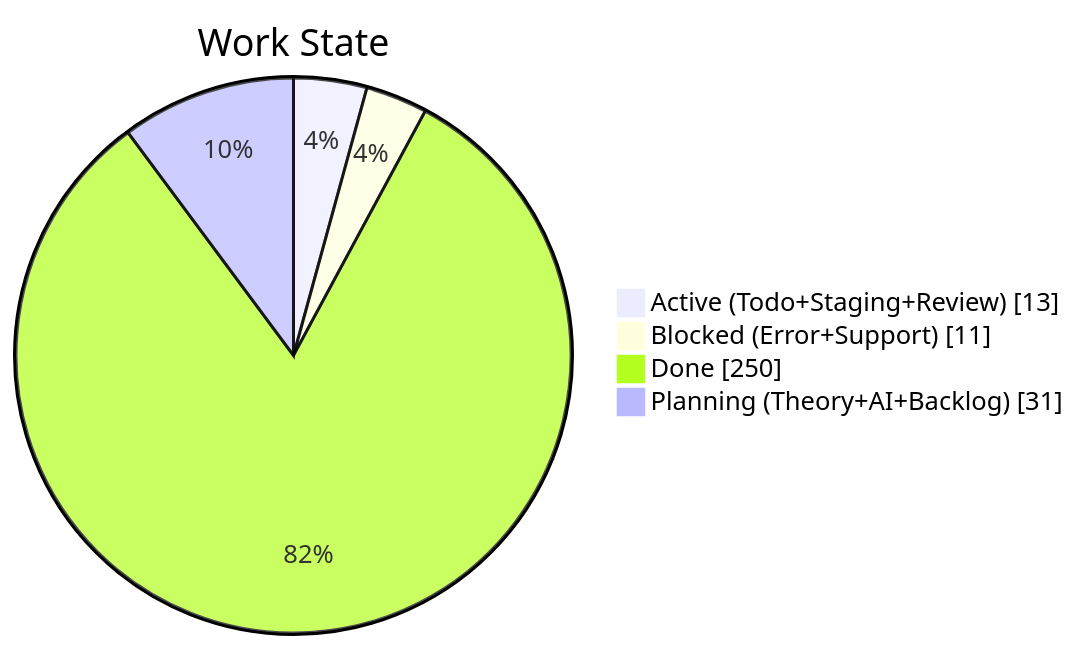
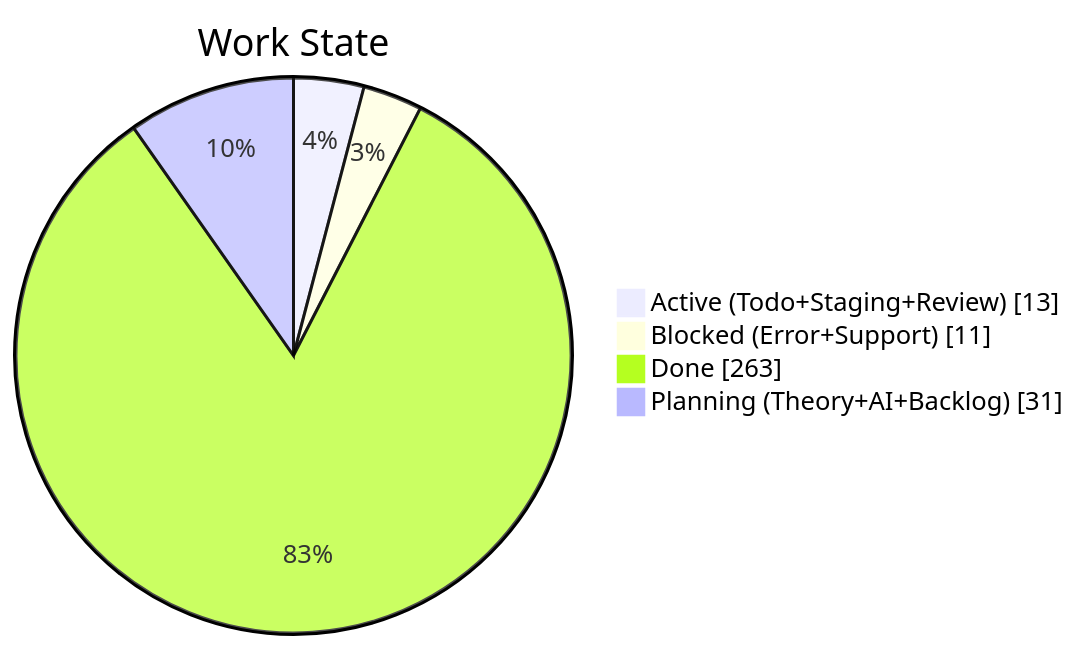
The second of 4 diagrams in apps/kbve/astro-kbve/src/content/docs/dashboard/kanban-data.mdx (KBVE/kbve), drawn with Mermaid before and after one commit. The commit also changed other lines of this file and 8 other files, not shown here.

````diff
--- a/apps/kbve/astro-kbve/src/content/docs/dashboard/kanban-data.mdx
+++ b/apps/kbve/astro-kbve/src/content/docs/dashboard/kanban-data.mdx
@@ -67,8 +68,8 @@
 ```mermaid
 pie showData
     title Work State
     "Active (Todo+Staging+Review)" : 13
     "Blocked (Error+Support)" : 11
-    "Done" : 250
+    "Done" : 263
     "Planning (Theory+AI+Backlog)" : 31
 ```
````
